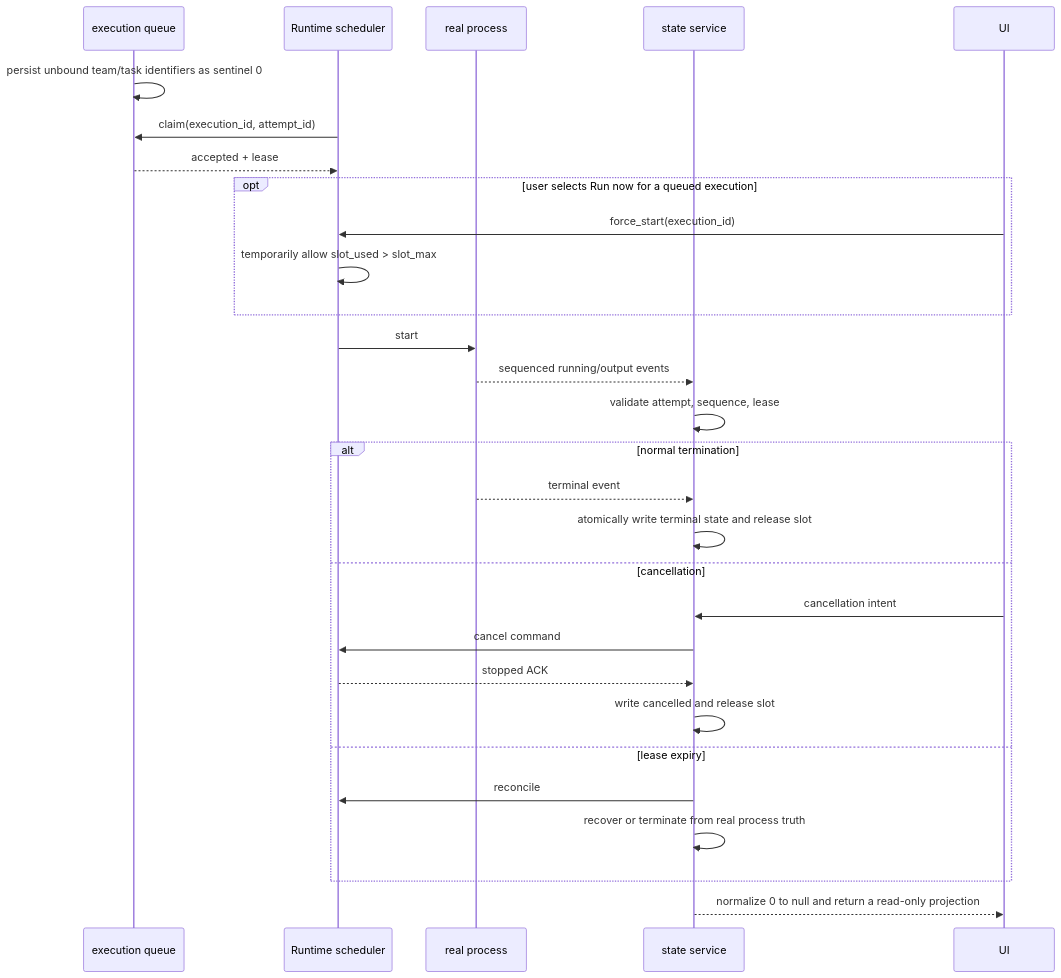
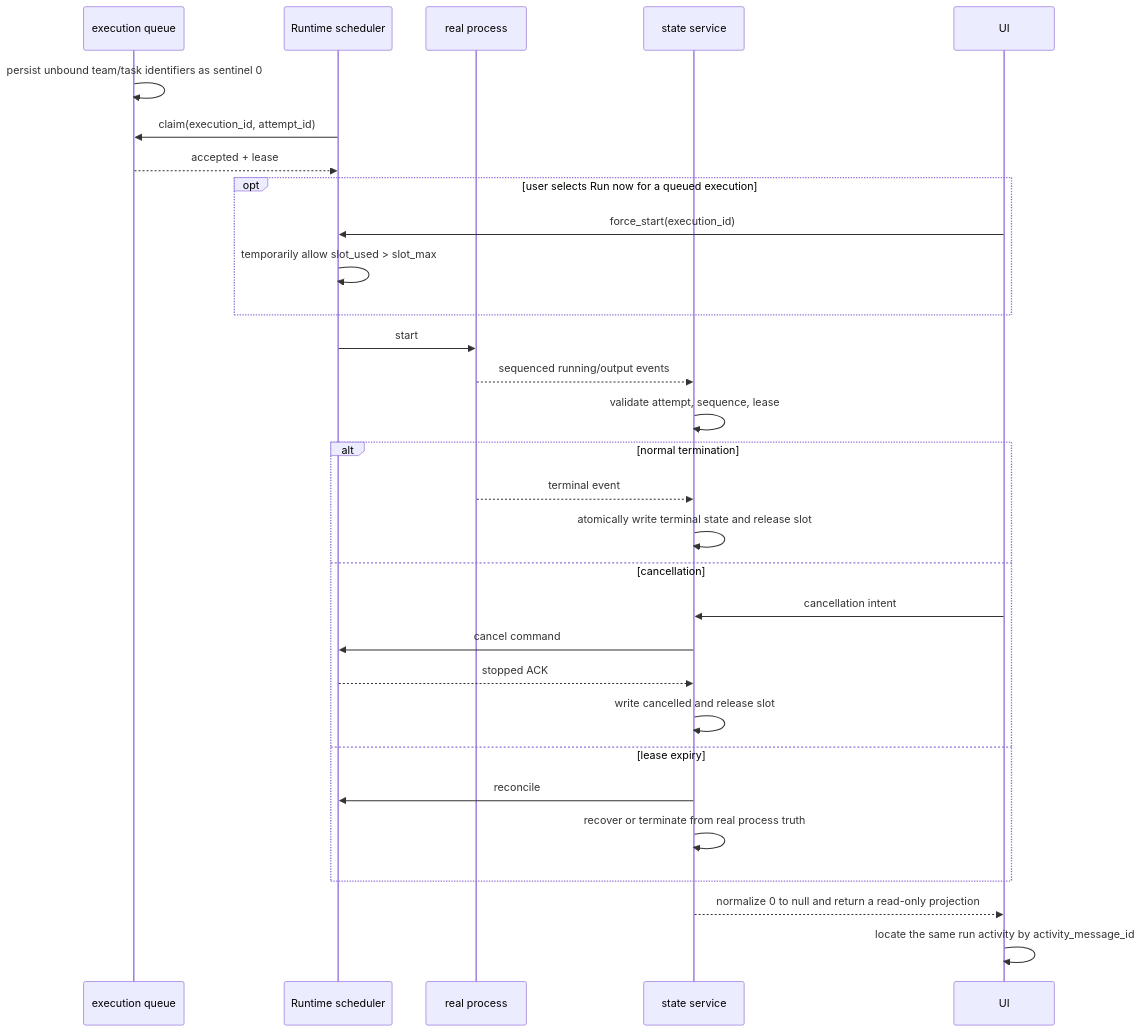
Before and after one commit to wecode-ai/Wegent: the second of 2 diagrams in docs/en/architecture/project-execution-state.md, drawn with Mermaid. The commit also changed other lines of this file and 27 other files, not shown here.

````diff
--- a/docs/en/architecture/project-execution-state.md
+++ b/docs/en/architecture/project-execution-state.md
@@ -26,32 +28,33 @@
 ```mermaid
 sequenceDiagram
     participant Q as execution queue
     participant R as Runtime scheduler
     participant P as real process
     participant S as state service
     participant U as UI
 
     Q->>Q: persist unbound team/task identifiers as sentinel 0
     R->>Q: claim(execution_id, attempt_id)
     Q-->>R: accepted + lease
     opt user selects Run now for a queued execution
         U->>R: force_start(execution_id)
         R->>R: temporarily allow slot_used > slot_max
     end
     R->>P: start
     P-->>S: sequenced running/output events
     S->>S: validate attempt, sequence, lease
     alt normal termination
         P-->>S: terminal event
         S->>S: atomically write terminal state and release slot
     else cancellation
         U->>S: cancellation intent
         S->>R: cancel command
         R-->>S: stopped ACK
         S->>S: write cancelled and release slot
     else lease expiry
         S->>R: reconcile
         S->>S: recover or terminate from real process truth
     end
     S-->>U: normalize 0 to null and return a read-only projection
+    U->>U: locate the same run activity by activity_message_id
 ```
````
